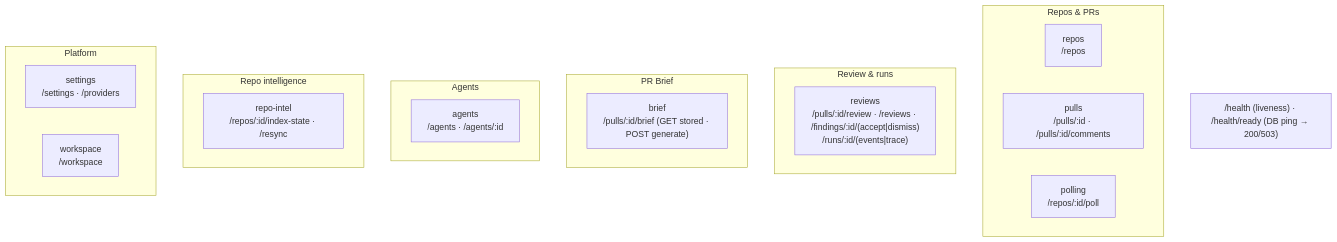
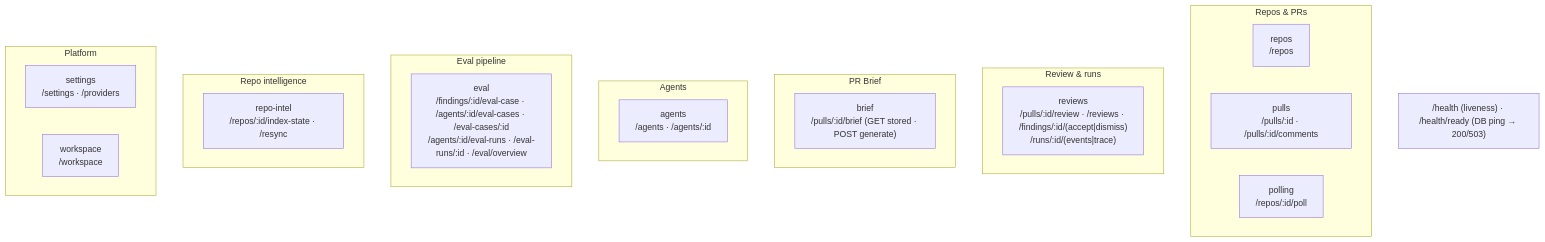
The second of 2 diagrams in server/README.md (DanceWithBikes/dev-digest), drawn with Mermaid before and after one commit. The commit also changed other lines of this file and 228 other files, not shown here.

First line of the commit message:
feat(eval): eval pipeline, skill evals tab, eval dashboard and skills list refactor

````diff
--- a/server/README.md
+++ b/server/README.md
@@ -64,25 +64,28 @@
 ```mermaid
 flowchart TB
   subgraph Repos_PRs["Repos & PRs"]
     repos["repos<br/>/repos"]
     pulls["pulls<br/>/pulls/:id · /pulls/:id/comments"]
     polling["polling<br/>/repos/:id/poll"]
   end
   subgraph Review["Review & runs"]
     reviews["reviews<br/>/pulls/:id/review · /reviews · /findings/:id/(accept|dismiss)<br/>/runs/:id/(events|trace)"]
   end
   subgraph Brief["PR Brief"]
     brief["brief<br/>/pulls/:id/brief (GET stored · POST generate)"]
   end
   subgraph Agents["Agents"]
     agents["agents<br/>/agents · /agents/:id"]
   end
+  subgraph Eval["Eval pipeline"]
+    evalMod["eval<br/>/findings/:id/eval-case · /agents/:id/eval-cases · /eval-cases/:id<br/>/agents/:id/eval-runs · /eval-runs/:id · /eval/overview"]
+  end
   subgraph Intel["Repo intelligence"]
     repoIntel["repo-intel<br/>/repos/:id/index-state · /resync"]
   end
   subgraph Platform["Platform"]
     settings["settings<br/>/settings · /providers"]
     workspace["workspace<br/>/workspace"]
   end
   HEALTH["/health (liveness) · /health/ready (DB ping → 200/503)"]
 ```
````
